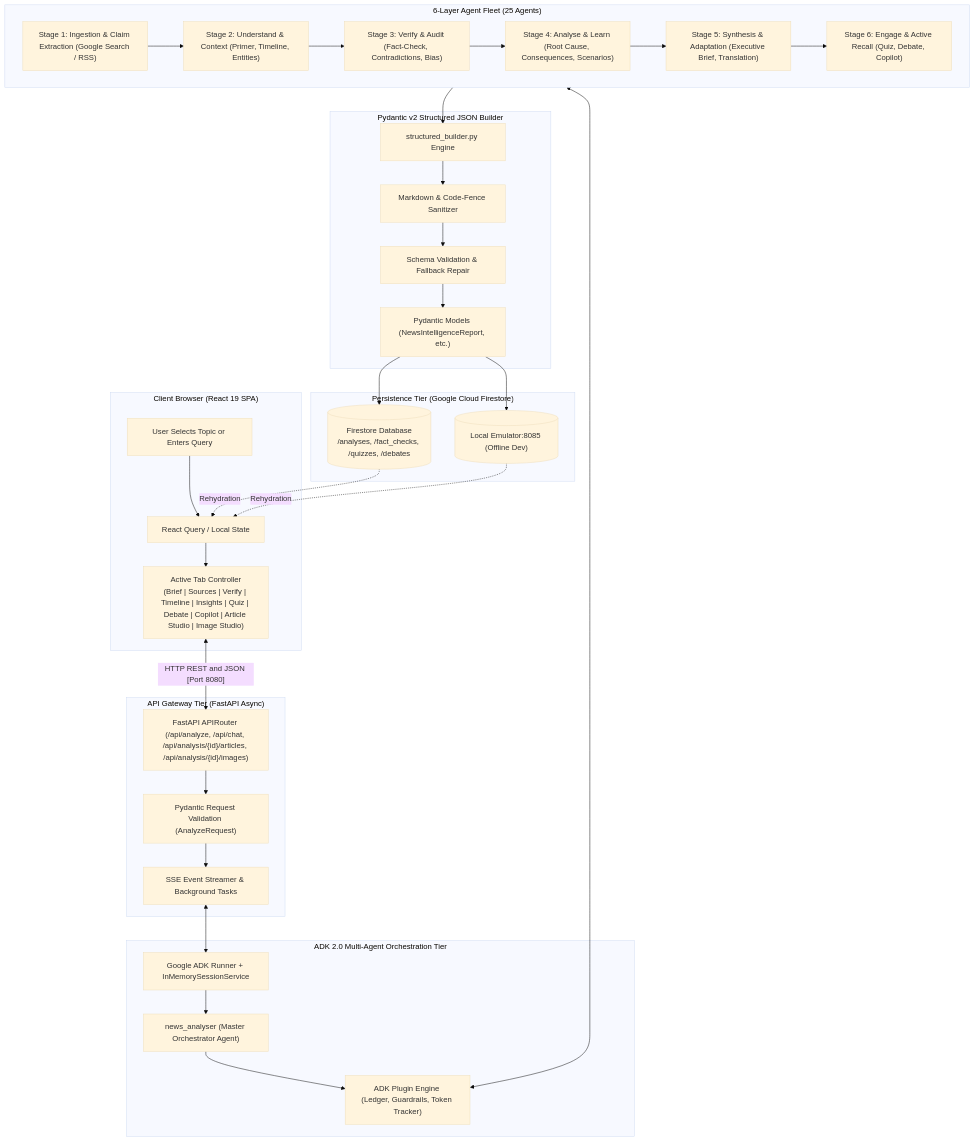
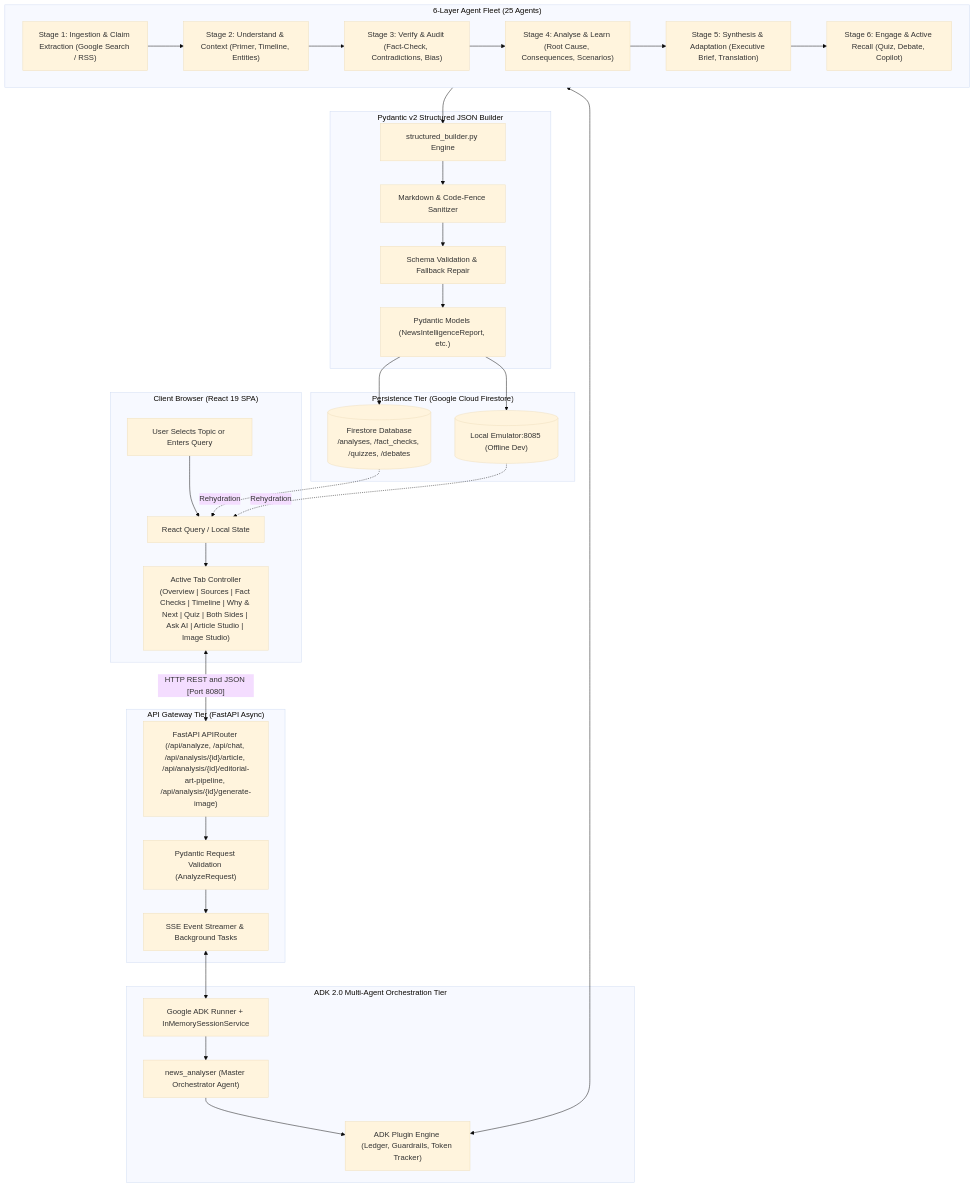
The first of 2 diagrams in docs/submission/04-system-architecture-and-technical-design.md (gowthamvarma/agentic-news), drawn with Mermaid (base theme) before and after one commit. The commit also changed other lines of this file and 62 other files, not shown here.

````diff
--- a/docs/submission/04-system-architecture-and-technical-design.md
+++ b/docs/submission/04-system-architecture-and-technical-design.md
@@ -14,63 +14,63 @@
 ```mermaid
 flowchart TD
     subgraph Client ["Client Browser (React 19 SPA)"]
         UserAction["User Selects Topic or Enters Query"]
         ReactState["React Query / Local State"]
-        ActiveTab["Active Tab Controller<br/>(Brief | Sources | Verify | Timeline | Insights | Quiz | Debate | Copilot | Article Studio | Image Studio)"]
+        ActiveTab["Active Tab Controller<br/>(Overview | Sources | Fact Checks | Timeline | Why & Next | Quiz | Both Sides | Ask AI | Article Studio | Image Studio)"]
         UserAction --> ReactState --> ActiveTab
     end
 
     subgraph APIGateway ["API Gateway Tier (FastAPI Async)"]
-        Router["FastAPI APIRouter (/api/analyze, /api/chat, /api/analysis/{id}/articles, /api/analysis/{id}/images)"]
+        Router["FastAPI APIRouter (/api/analyze, /api/chat, /api/analysis/{id}/article, /api/analysis/{id}/editorial-art-pipeline, /api/analysis/{id}/generate-image)"]
         ReqValidator["Pydantic Request Validation (AnalyzeRequest)"]
         SSEStreamer["SSE Event Streamer & Background Tasks"]
         Router --> ReqValidator --> SSEStreamer
     end
 
     subgraph ADKOrchestration ["ADK 2.0 Multi-Agent Orchestration Tier"]
         Runner["Google ADK Runner + InMemorySessionService"]
         RootAgent["news_analyser (Master Orchestrator Agent)"]
         PluginEngine["ADK Plugin Engine (Ledger, Guardrails, Token Tracker)"]
         
         Runner --> RootAgent
         RootAgent --> PluginEngine
     end
 
     subgraph SixLayers ["6-Layer Agent Fleet (25 Agents)"]
         L1["Stage 1: Ingestion & Claim Extraction (Google Search / RSS)"]
         L2["Stage 2: Understand & Context (Primer, Timeline, Entities)"]
         L3["Stage 3: Verify & Audit (Fact-Check, Contradictions, Bias)"]
         L4["Stage 4: Analyse & Learn (Root Cause, Consequences, Scenarios)"]
         L5["Stage 5: Synthesis & Adaptation (Executive Brief, Translation)"]
         L6["Stage 6: Engage & Active Recall (Quiz, Debate, Copilot)"]
         
         L1 --> L2
         L2 --> L3
         L3 --> L4
         L4 --> L5
         L5 --> L6
     end
 
     subgraph StructuredBuilder ["Pydantic v2 Structured JSON Builder"]
         Builder["structured_builder.py Engine"]
         Sanitizer["Markdown & Code-Fence Sanitizer"]
         RepairLoop["Schema Validation & Fallback Repair"]
         PydanticModels["Pydantic Models (NewsIntelligenceReport, etc.)"]
         
         Builder --> Sanitizer --> RepairLoop --> PydanticModels
     end
 
     subgraph Storage ["Persistence Tier (Google Cloud Firestore)"]
         FirestoreDB[("Firestore Database<br/>/analyses, /fact_checks, /quizzes, /debates")]
         LocalEmulator[("Local Emulator:8085 (Offline Dev)")]
     end
 
     ActiveTab <-->|"HTTP REST and JSON [Port 8080]"| Router
     SSEStreamer <--> Runner
     PluginEngine <--> SixLayers
     SixLayers --> Builder
     PydanticModels --> FirestoreDB
     PydanticModels --> LocalEmulator
     FirestoreDB -.->|Rehydration| ReactState
     LocalEmulator -.->|Rehydration| ReactState
 ```
````
